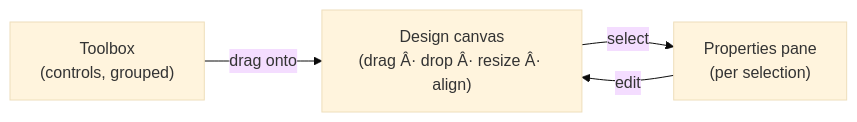
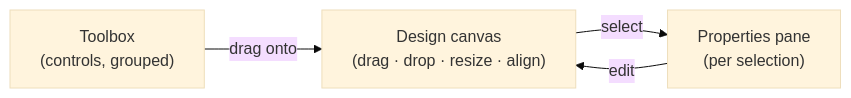
One commit to CloudLandBeta/PowerRustCOBOL changed the fourth of 9 diagrams in docs/developers-guide-en.md. Above: the diagram before and after it, drawn with Mermaid (base theme). The commit also changed other lines of this file and 33 other files, not shown here.

````diff
--- a/docs/developers-guide-en.md
+++ b/docs/developers-guide-en.md
@@ -1042,9 +1043,9 @@
 ```mermaid
 flowchart LR
     TBX["Toolbox<br/>(controls, grouped)"]
-    CANVAS["Design canvas<br/>(drag Â· drop Â· resize Â· align)"]
+    CANVAS["Design canvas<br/>(drag · drop · resize · align)"]
     PROP["Properties pane<br/>(per selection)"]
     TBX -- "drag onto" --> CANVAS
     CANVAS -- "select" --> PROP
     PROP -- "edit" --> CANVAS
 ```
````
